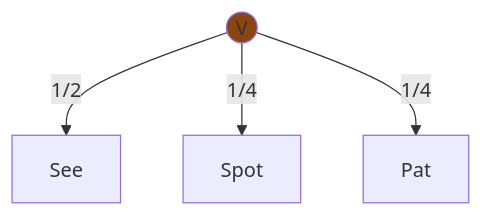
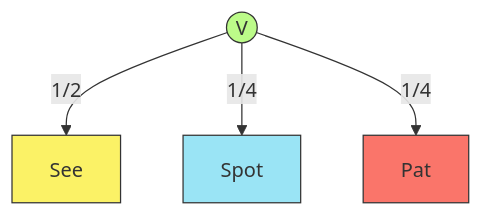
The fourth of 7 diagrams in C_5.md (Chaklader/part-of-speech-tagging), drawn with Mermaid before and after one commit. The commit also changed other lines of this file, not shown here.

````diff
--- a/C_5.md
+++ b/C_5.md
@@ -169,8 +174,12 @@
 ```mermaid
 graph TD
     V((V)) --> |1/2| See
     V --> |1/4| Spot
     V --> |1/4| Pat
 
-style V fill:#8B4513
+    style V fill:#BCFB89,stroke:#333,stroke-width:1px
+    style See fill:#FBF266,stroke:#333,stroke-width:1px
+    style Pat fill:#FA756A,stroke:#333,stroke-width:1px
+    style Spot fill:#9AE4F5,stroke:#333,stroke-width:1px
+
 ```
````
